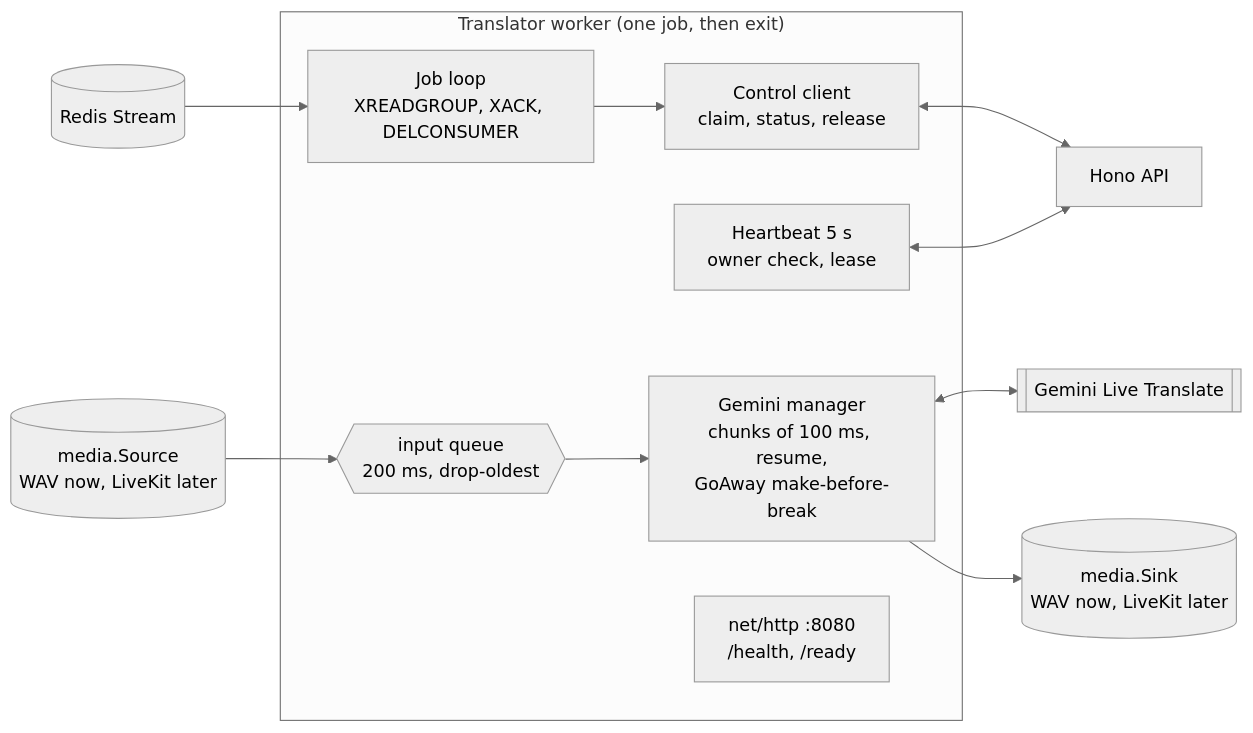
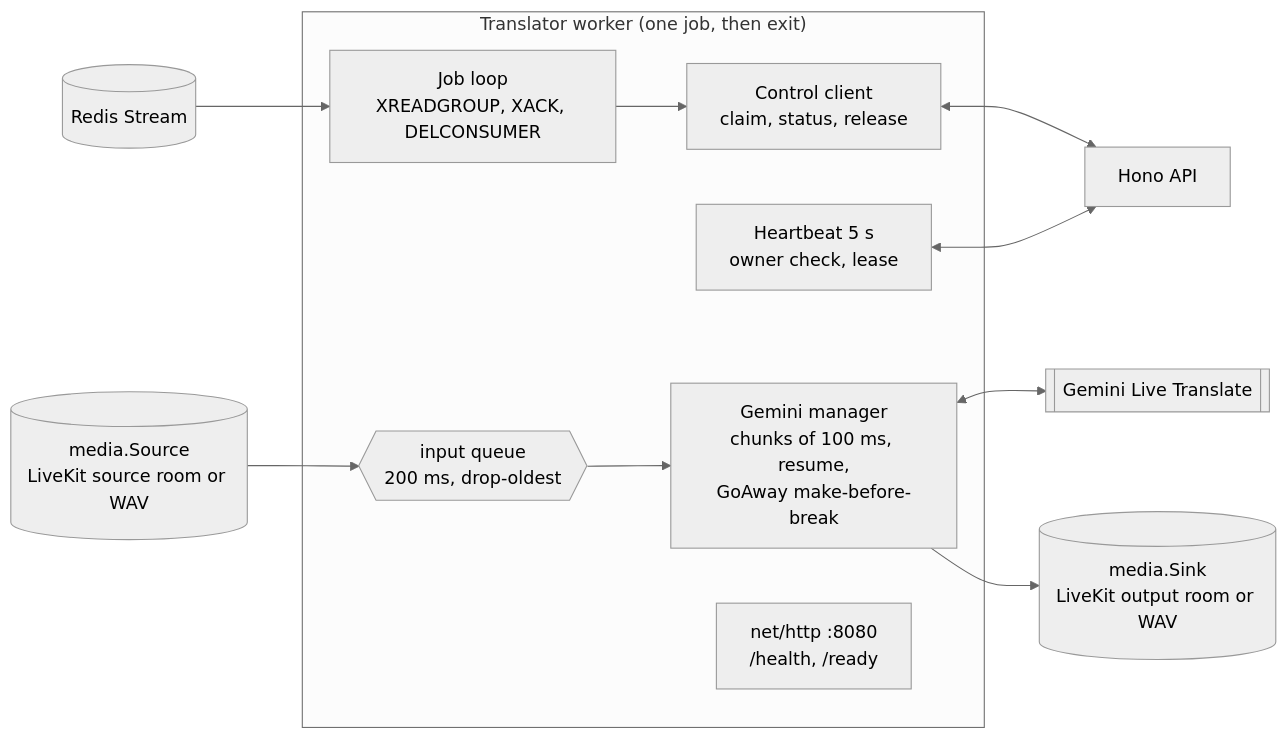
One commit to WH1TE-SHAD0W/ai-dubbing-studio changed the fifth of 6 diagrams in apps/translator/pod-spec.md. Above: the diagram before and after it, drawn with Mermaid (neutral theme). The commit also changed other lines of this file and 6 other files, not shown here.

First line of the commit message:
docs: translator workers join LiveKit (YGP-70)

````diff
--- a/apps/translator/pod-spec.md
+++ b/apps/translator/pod-spec.md
@@ -176,23 +176,23 @@
 ```mermaid
 flowchart LR
     Q[("Redis Stream")]
     API["Hono API"]
-    SRC[("media.Source<br/>WAV now, LiveKit later")]
-    OUT[("media.Sink<br/>WAV now, LiveKit later")]
+    SRC[("media.Source<br/>LiveKit source room or WAV")]
+    OUT[("media.Sink<br/>LiveKit output room or WAV")]
     GEM[["Gemini Live Translate"]]
 
     subgraph Worker["Translator worker (one job, then exit)"]
         Loop["Job loop<br/>XREADGROUP, XACK, DELCONSUMER"]
         Ctrl["Control client<br/>claim, status, release"]
         HB["Heartbeat 5 s<br/>owner check, lease"]
         InQ{{"input queue<br/>200 ms, drop-oldest"}}
         Mgr["Gemini manager<br/>chunks of 100 ms, resume,<br/>GoAway make-before-break"]
         Health["net/http :8080<br/>/health, /ready"]
     end
 
     Q --> Loop --> Ctrl
     Ctrl <--> API
     HB <--> API
     SRC --> InQ --> Mgr <--> GEM
     Mgr --> OUT
 ```
````
